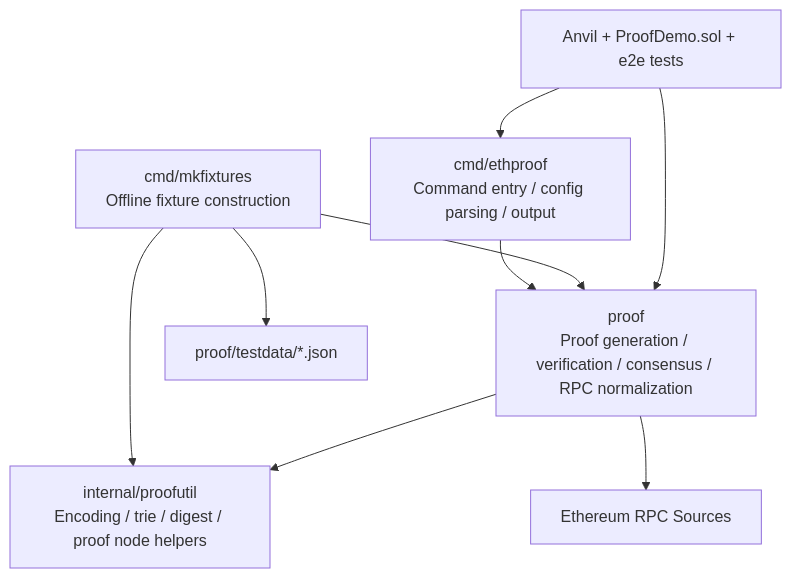
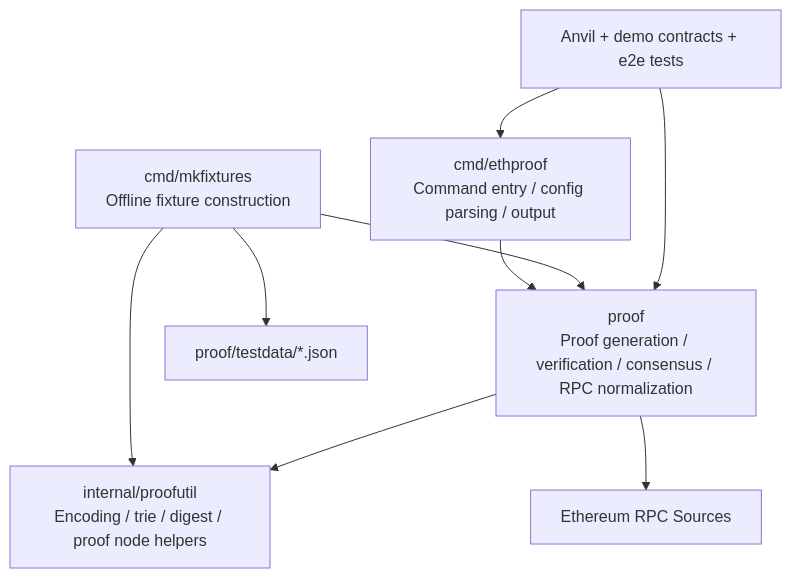
Before and after one commit to islishude/ethproof: the first of 2 diagrams in design.md, drawn with Mermaid. The commit also changed other lines of this file and 20 other files, not shown here.

````diff
--- a/design.md
+++ b/design.md
@@ -33,19 +33,19 @@
 ```mermaid
 flowchart TD
     CLI["cmd/ethproof<br/>Command entry / config parsing / output"]
     FIX["cmd/mkfixtures<br/>Offline fixture construction"]
     PROOF["proof<br/>Proof generation / verification / consensus / RPC normalization"]
     UTIL["internal/proofutil<br/>Encoding / trie / digest / proof node helpers"]
     RPC["Ethereum RPC Sources"]
     DATA["proof/testdata/*.json"]
-    E2E["Anvil + ProofDemo.sol + e2e tests"]
+    E2E["Anvil + demo contracts + e2e tests"]
 
     CLI --> PROOF
     FIX --> PROOF
     FIX --> UTIL
     PROOF --> UTIL
     PROOF --> RPC
     FIX --> DATA
     E2E --> CLI
     E2E --> PROOF
 ```
````
